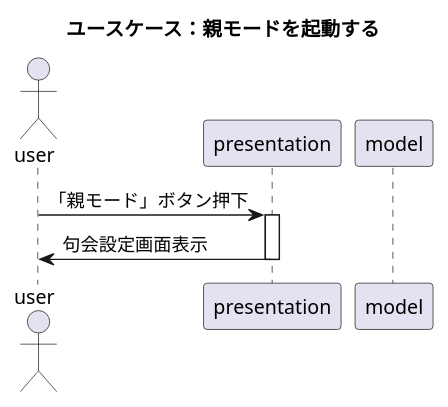
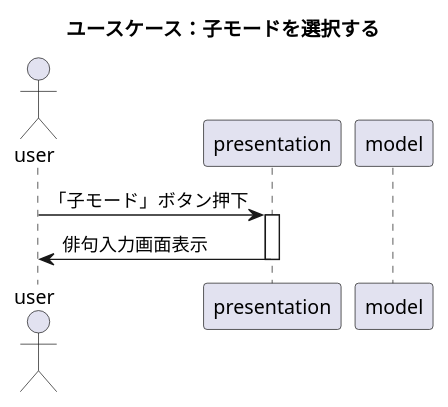
The second of 11 diagrams in docs/module_sequence.pu (AsazuTaiga/Kuawase), drawn with PlantUML before and after one commit. The commit also changed other lines of this file, not shown here.

Commit message:
シーケンス図一旦完了

```diff
--- a/docs/module_sequence.pu
+++ b/docs/module_sequence.pu
@@ -1,11 +17,11 @@
 @startuml
-title ユースケース：親モードを起動する
+title ユースケース：子モードを選択する
 actor user
 participant presentation
 participant model
 
-user -> presentation : 「親モード」ボタン押下
+user -> presentation : 「子モード」ボタン押下
 activate presentation
-presentation -> user : 句会設定画面表示
+presentation -> user : 俳句入力画面表示
 deactivate presentation
 @enduml
```
